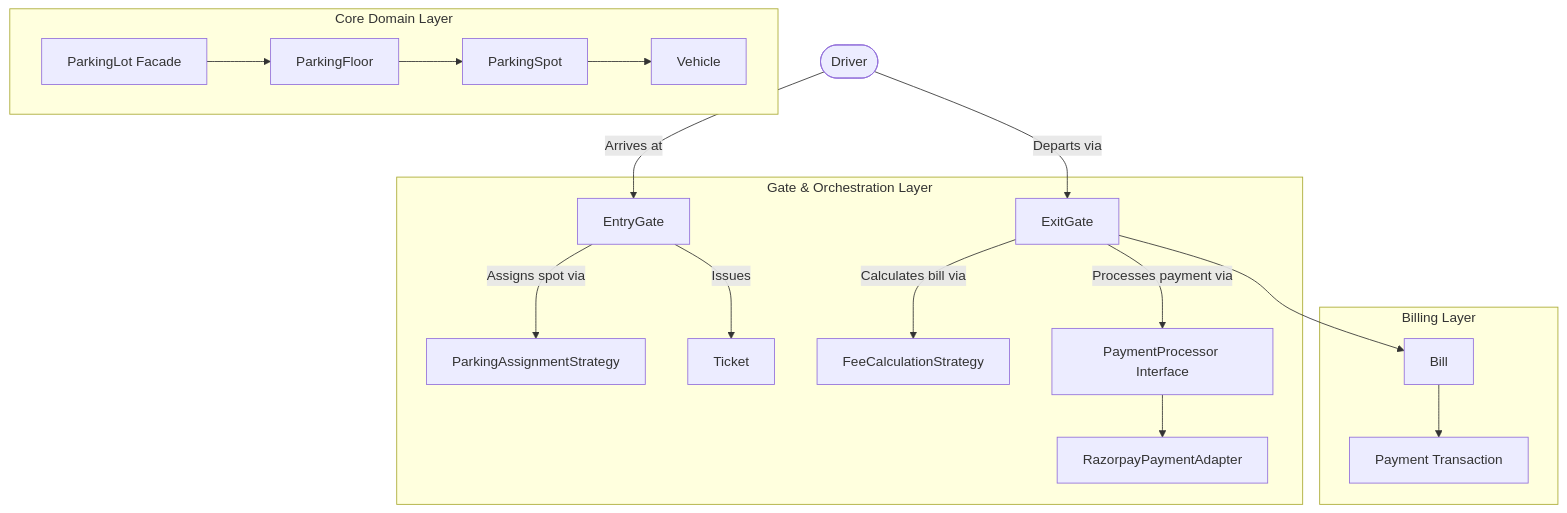
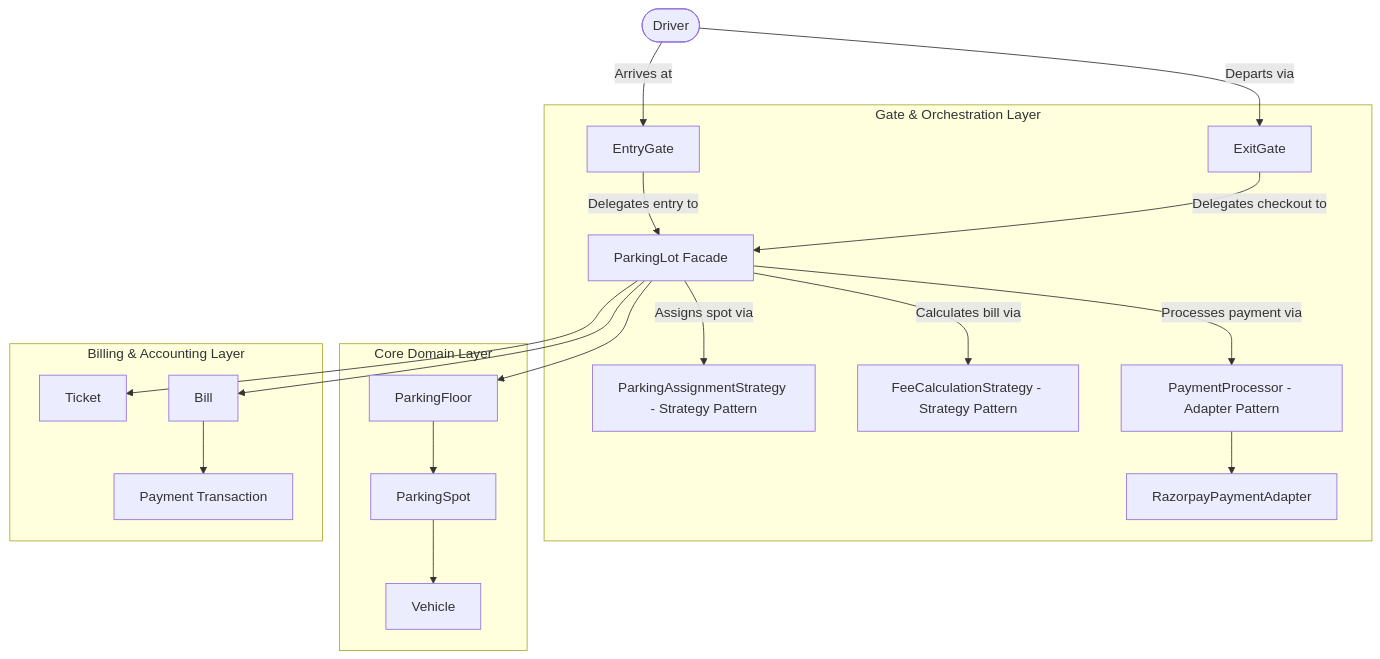
Before and after one commit to aniagra119/ParkingLotLLDDesign: the diagram in README.md, drawn with Mermaid. The commit also changed other lines of this file and 1 other file, not shown here.

Commit message:
docs: document State Pattern gate design and Strategy + Decorator collaborative billing

````diff
--- a/README.md
+++ b/README.md
@@ -29,25 +58,26 @@
 ```mermaid
 graph TD
     Driver([Driver]) -->|Arrives at| EG[EntryGate]
     Driver -->|Departs via| XG[ExitGate]
     
     subgraph Gate & Orchestration Layer
-        EG -->|Assigns spot via| PAS[ParkingAssignmentStrategy]
-        EG -->|Issues| T[Ticket]
-        XG -->|Calculates bill via| FCS[FeeCalculationStrategy]
-        XG -->|Processes payment via| PP[PaymentProcessor Interface]
+        EG -->|Delegates entry to| PL[ParkingLot Facade]
+        XG -->|Delegates checkout to| PL
+        PL -->|Assigns spot via| PAS[ParkingAssignmentStrategy - Strategy Pattern]
+        PL -->|Calculates bill via| FCS[FeeCalculationStrategy - Strategy Pattern]
+        PL -->|Processes payment via| PP[PaymentProcessor - Adapter Pattern]
         PP --> RZ[RazorpayPaymentAdapter]
     end
 
     subgraph Core Domain Layer
-        PL[ParkingLot Facade]
         PL --> PF[ParkingFloor]
         PF --> PS[ParkingSpot]
         PS --> V[Vehicle]
     end
 
-    subgraph Billing Layer
-        XG --> B[Bill]
+    subgraph Billing & Accounting Layer
+        PL --> T[Ticket]
+        PL --> B[Bill]
         B --> P[Payment Transaction]
     end
 ```
````
